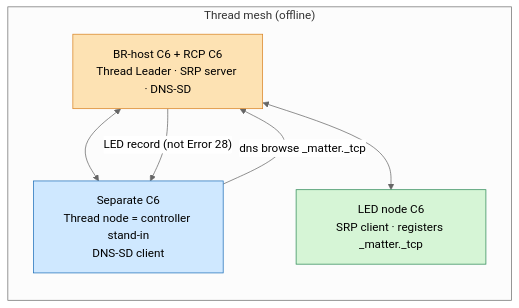
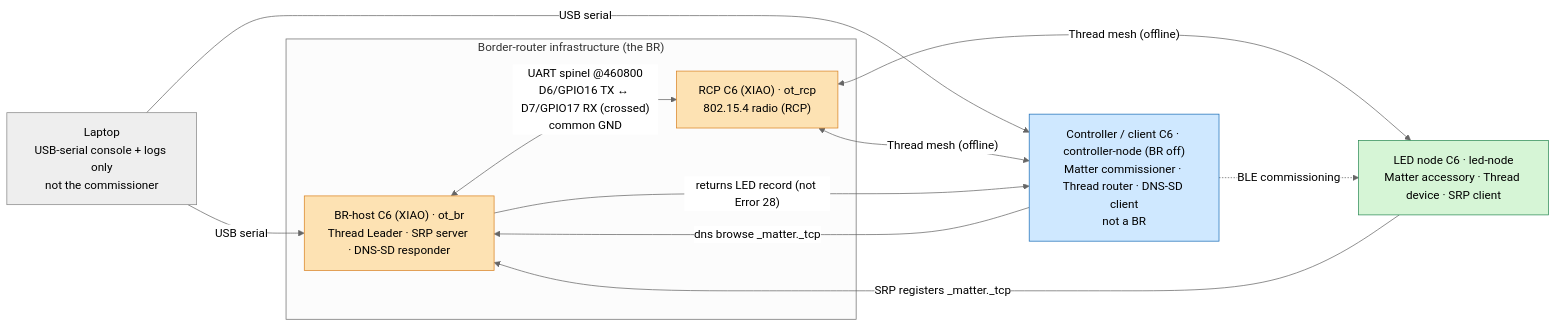
Before and after one commit to yaminsadik/led-orchestra: the diagram in docs/controller-topology-validation.md, drawn with Mermaid (neutral theme).

Commit message:
Replace Stage 0 diagram with accurate as-run BR topology
The previous mermaid collapsed BR-host + RCP into one node and omitted the
console, BLE commissioning, and the SRP-register edge. Replace it with the
as-run topology: split BR-host (ot_br) / RCP (ot_rcp) with the real XIAO
side-pin spinel link (D6/GPIO16 TX <-> D7/GPIO17 RX, crossed, common GND), the
laptop USB-serial console (not the commissioner), the separate controller-node
client (BR off), BLE commissioning, SRP registration, and the dns-browse /
record-return exchange that passed on 2026-06-04.

````diff
--- a/docs/controller-topology-validation.md
+++ b/docs/controller-topology-validation.md
@@ -80,16 +80,29 @@
 ```mermaid
 flowchart LR
-    subgraph mesh["Thread mesh (offline)"]
-        br["BR-host C6 + RCP C6<br/>Thread Leader · SRP server · DNS-SD"]:::infra
-        client["Separate C6<br/>Thread node = controller stand-in<br/>DNS-SD client"]:::ctrl
-        led["LED node C6<br/>SRP client · registers _matter._tcp"]:::led
-        br <--> client
-        br <--> led
+    laptop["Laptop<br/>USB-serial console + logs only<br/>not the commissioner"]:::host
+
+    subgraph brstack["Border-router infrastructure (the BR)"]
+        br["BR-host C6 (XIAO) · ot_br<br/>Thread Leader · SRP server · DNS-SD responder"]:::infra
+        rcp["RCP C6 (XIAO) · ot_rcp<br/>802.15.4 radio (RCP)"]:::infra
+        br <-- "UART spinel @460800<br/>D6/GPIO16 TX ↔ D7/GPIO17 RX (crossed)<br/>common GND" --> rcp
     end
+
+    client["Controller / client C6 · controller-node (BR off)<br/>Matter commissioner · Thread router · DNS-SD client<br/>not a BR"]:::ctrl
+    led["LED node C6 · led-node<br/>Matter accessory · Thread device · SRP client"]:::led
+
+    laptop -- "USB serial" --> br
+    laptop -- "USB serial" --> client
+
+    rcp <-- "Thread mesh (offline)" --> client
+    rcp <-- "Thread mesh (offline)" --> led
+
+    client -. "BLE commissioning" .-> led
+    led -- "SRP registers _matter._tcp" --> br
     client -- "dns browse _matter._tcp" --> br
-    br -- "LED record (not Error 28)" --> client
+    br -- "returns LED record (not Error 28)" --> client
 
+    classDef host fill:#eeeeee,stroke:#888,color:#000;
     classDef infra fill:#fde2b3,stroke:#d98324,color:#000;
     classDef ctrl fill:#cfe8ff,stroke:#1d6fb8,color:#000;
     classDef led fill:#d6f5d6,stroke:#2e8b57,color:#000;
 ```
````
